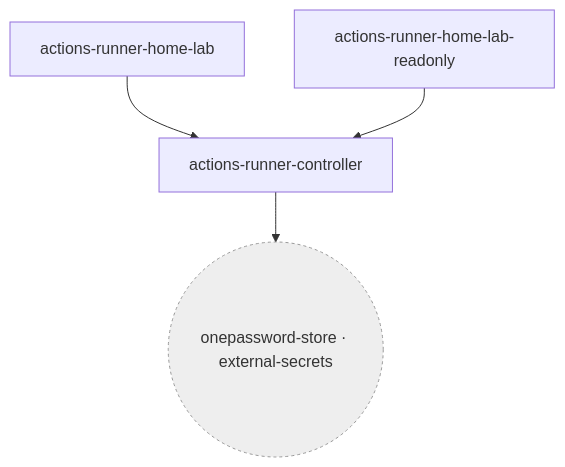
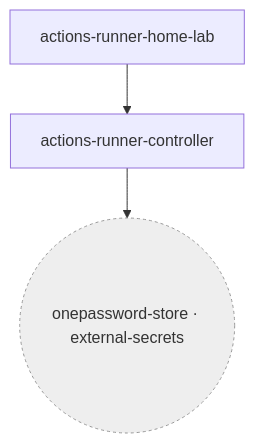
One commit to qnimbus/home-lab changed the second of 21 diagrams in docs/CLUSTER.md. Above: the diagram before and after it, drawn with Mermaid. The commit also changed other lines of this file and 21 other files, not shown here.

First line of the commit message:
ci(actions-runner): consolidate to a single cluster-admin home-lab runner

````diff
--- a/docs/CLUSTER.md
+++ b/docs/CLUSTER.md
@@ -1015,11 +1012,9 @@
 ```mermaid
 flowchart TD
   flux_system_actions_runner_controller["actions-runner-controller"]
   flux_system_actions_runner_home_lab["actions-runner-home-lab"]
-  flux_system_actions_runner_home_lab_readonly["actions-runner-home-lab-readonly"]
   flux_system_onepassword_store(("onepassword-store · external-secrets")):::external
   flux_system_actions_runner_controller --> flux_system_onepassword_store
   flux_system_actions_runner_home_lab --> flux_system_actions_runner_controller
-  flux_system_actions_runner_home_lab_readonly --> flux_system_actions_runner_controller
   classDef external fill:#eee,stroke:#999,stroke-dasharray: 3 3
 ```
````
